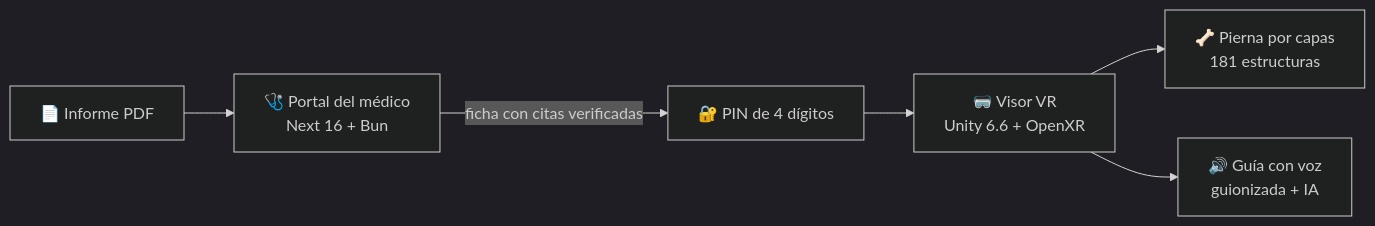
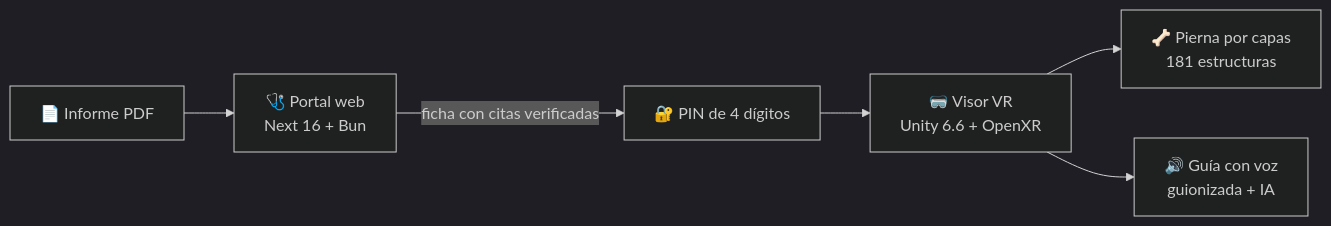
The diagram in profile/README.md (DevFourYou/.github), drawn with Mermaid (dark theme) before and after one commit. The commit also changed other lines of this file and 1 other file, not shown here.

````diff
--- a/profile/README.md
+++ b/profile/README.md
@@ -75,8 +75,8 @@
 ```mermaid
 flowchart LR
-    A["📄 Informe PDF"] --> B["🩺 Portal del médico<br/>Next 16 + Bun"]
+    A["📄 Informe PDF"] --> B["🩺 Portal web<br/>Next 16 + Bun"]
     B -- "ficha con citas verificadas" --> C["🔐 PIN de 4 dígitos"]
     C --> D["🥽 Visor VR<br/>Unity 6.6 + OpenXR"]
     D --> E["🦴 Pierna por capas<br/>181 estructuras"]
     D --> F["🔊 Guía con voz<br/>guionizada + IA"]
 ```
````
